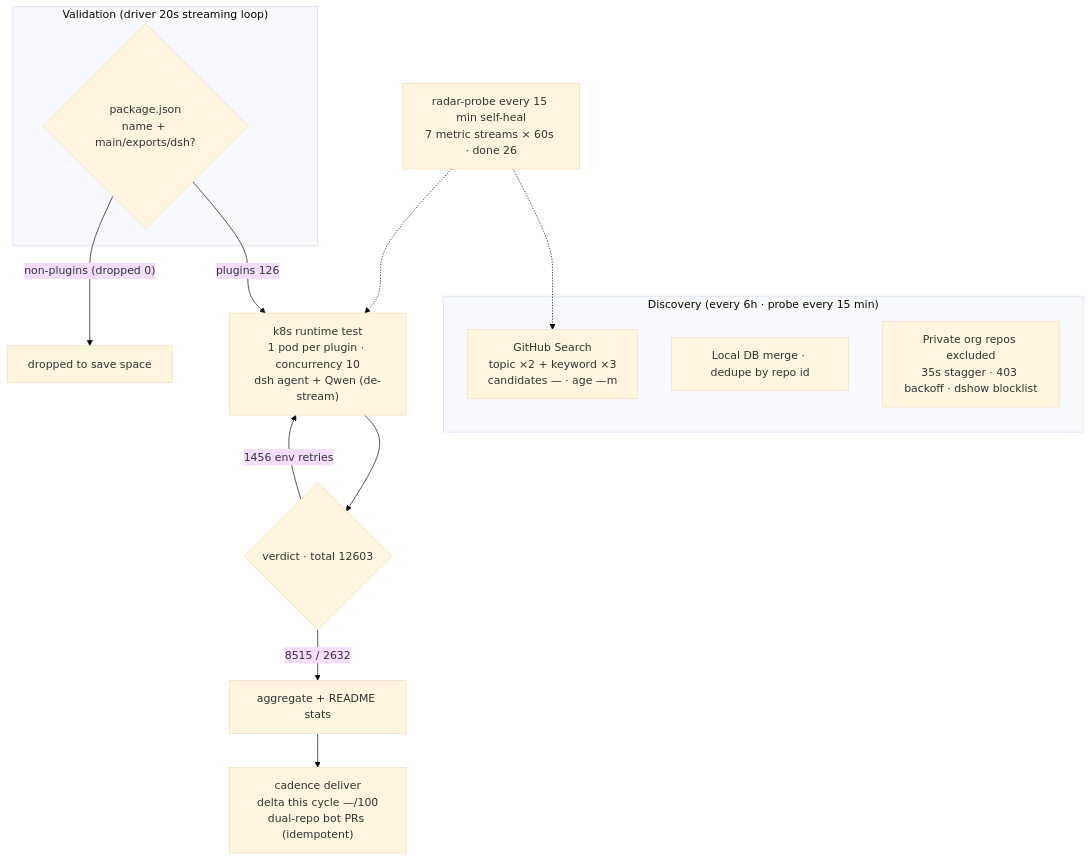
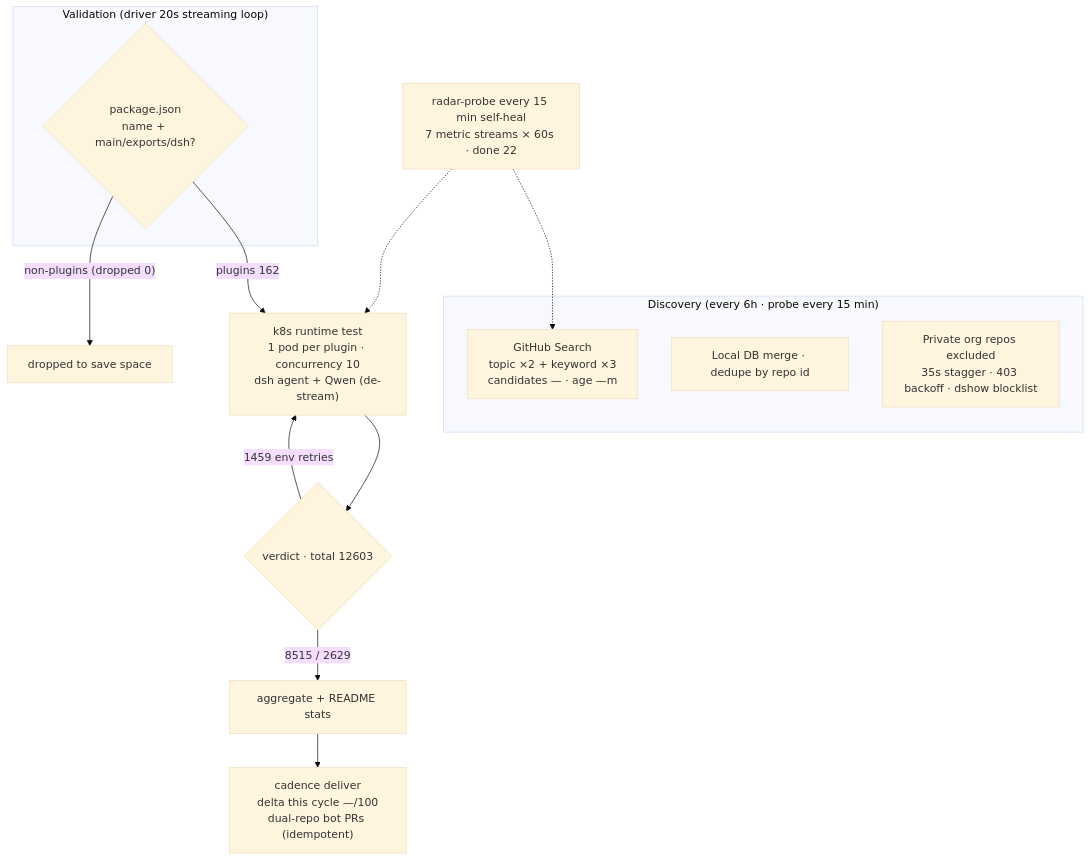
The diagram in README.en-US.md (AdamPlatin123/awesome-dsh-plugins), drawn with Mermaid (base theme) before and after one commit. The commit also changed other lines of this file and 5 other files, not shown here.

````diff
--- a/README.en-US.md
+++ b/README.en-US.md
@@ -45,20 +45,20 @@
 ```mermaid
 flowchart TB
     subgraph Discovery["Discovery (every 6h · probe every 15 min)"]
         A1["GitHub Search<br/>topic ×2 + keyword ×3<br/>candidates — · age —m"]
         A2["Local DB merge · dedupe by repo id"]
         A3["Private org repos excluded<br/>35s stagger · 403 backoff · dshow blocklist"]
     end
     subgraph Validation["Validation (driver 20s streaming loop)"]
         B1{"package.json<br/>name + main/exports/dsh?"}
     end
-    B1 -->|"plugins 126"| C1["k8s runtime test<br/>1 pod per plugin · concurrency 10<br/>dsh agent + Qwen (de-stream)"]
+    B1 -->|"plugins 162"| C1["k8s runtime test<br/>1 pod per plugin · concurrency 10<br/>dsh agent + Qwen (de-stream)"]
     B1 -->|"non-plugins (dropped 0)"| B3["dropped to save space"]
     C1 --> D1{"verdict · total 12603"}
-    D1 -->|"8515 / 2632"| E1["aggregate + README stats"]
-    D1 -->|"1456 env retries"| C1
+    D1 -->|"8515 / 2629"| E1["aggregate + README stats"]
+    D1 -->|"1459 env retries"| C1
     E1 --> E2["cadence deliver<br/>delta this cycle —/100<br/>dual-repo bot PRs (idempotent)"]
-    M["radar-probe every 15 min self-heal<br/>7 metric streams × 60s · done 26"]
+    M["radar-probe every 15 min self-heal<br/>7 metric streams × 60s · done 22"]
     M -.-> A1
     M -.-> C1
 ```
````
